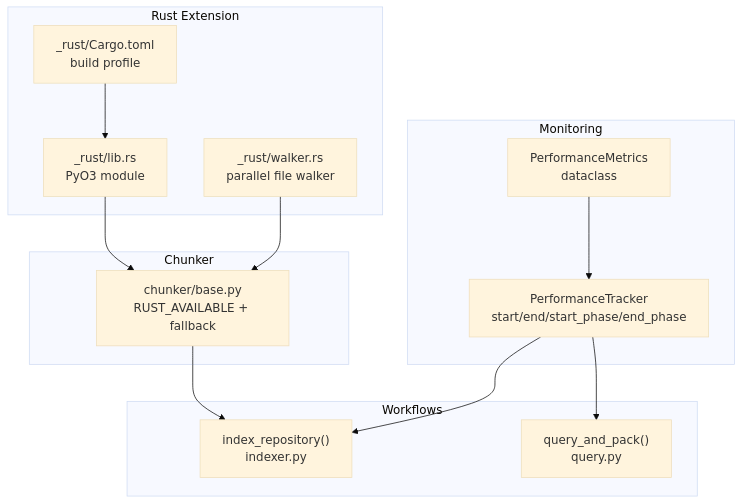
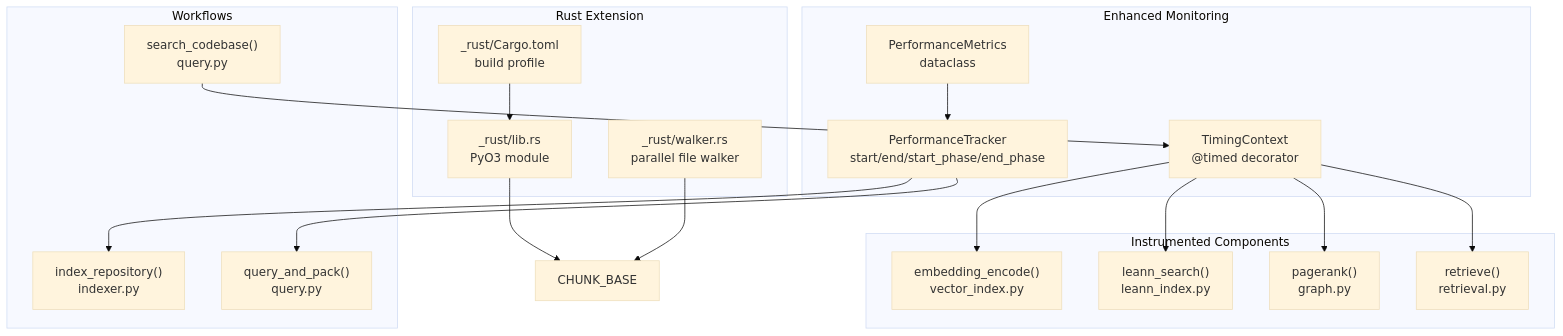
One commit to maemreyo/zmr-ctx-paker changed the first of 8 diagrams in .qoder/repowiki/en/content/Performance & Optimization/Performance Monitoring.md. Above: the diagram before and after it, drawn with Mermaid (base theme). The commit also changed other lines of this file and 94 other files, not shown here.

````diff
--- a/.qoder/repowiki/en/content/Performance & Optimization/Performance Monitoring.md
+++ b/.qoder/repowiki/en/content/Performance & Optimization/Performance Monitoring.md
@@ -35,26 +53,35 @@
 ```mermaid
 graph TB
-subgraph "Monitoring"
+subgraph "Enhanced Monitoring"
 PM["PerformanceMetrics<br/>dataclass"]
 PT["PerformanceTracker<br/>start/end/start_phase/end_phase"]
+TIMING["TimingContext<br/>@timed decorator"]
 end
 subgraph "Workflows"
 IDX["index_repository()<br/>indexer.py"]
 QRY["query_and_pack()<br/>query.py"]
+SEARCH["search_codebase()<br/>query.py"]
 end
 subgraph "Rust Extension"
 RS_LIB["_rust/lib.rs<br/>PyO3 module"]
 RS_WALK["_rust/walker.rs<br/>parallel file walker"]
 RS_CARGO["_rust/Cargo.toml<br/>build profile"]
 end
-subgraph "Chunker"
-CHUNK_BASE["chunker/base.py<br/>RUST_AVAILABLE + fallback"]
+subgraph "Instrumented Components"
+ENC["embedding_encode()<br/>vector_index.py"]
+SRCH["leann_search()<br/>leann_index.py"]
+PR["pagerank()<br/>graph.py"]
+RET["retrieve()<br/>retrieval.py"]
 end
 PM --> PT
 PT --> IDX
 PT --> QRY
-CHUNK_BASE --> IDX
+TIMING --> ENC
+TIMING --> SRCH
+TIMING --> PR
+TIMING --> RET
+SEARCH --> TIMING
 RS_LIB --> CHUNK_BASE
 RS_WALK --> CHUNK_BASE
 RS_CARGO --> RS_LIB
 ```
````
